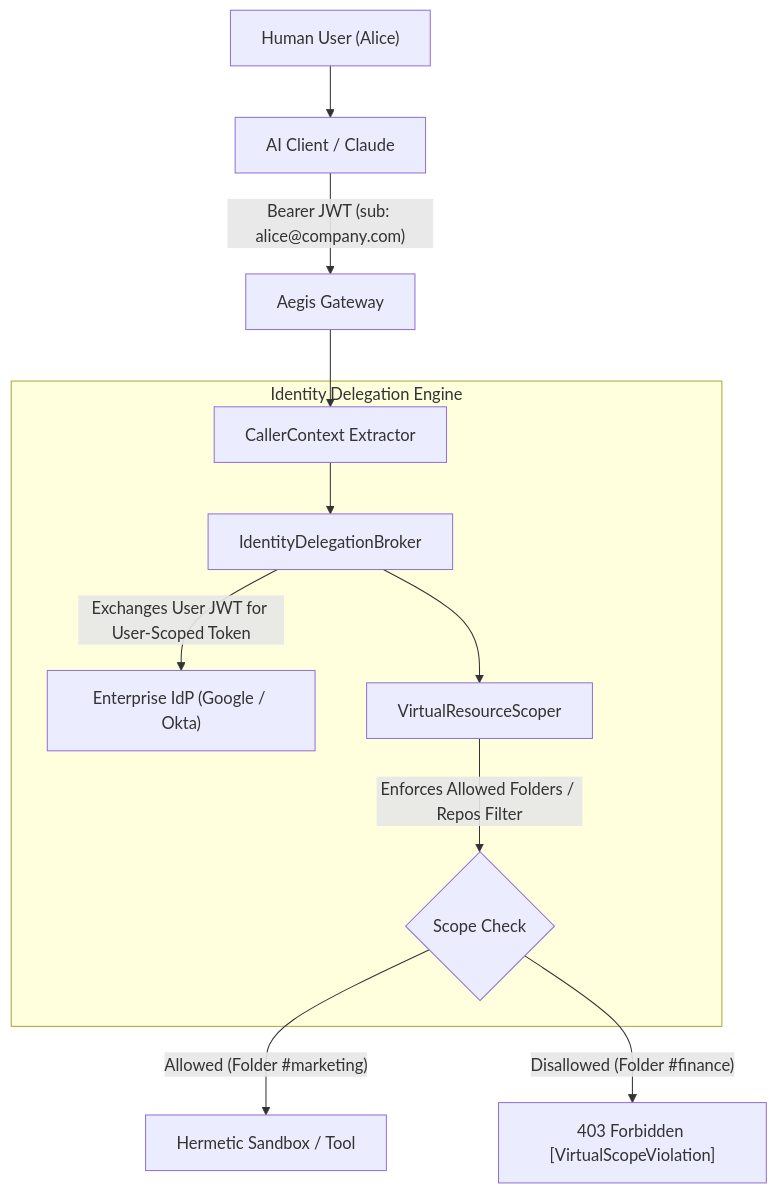
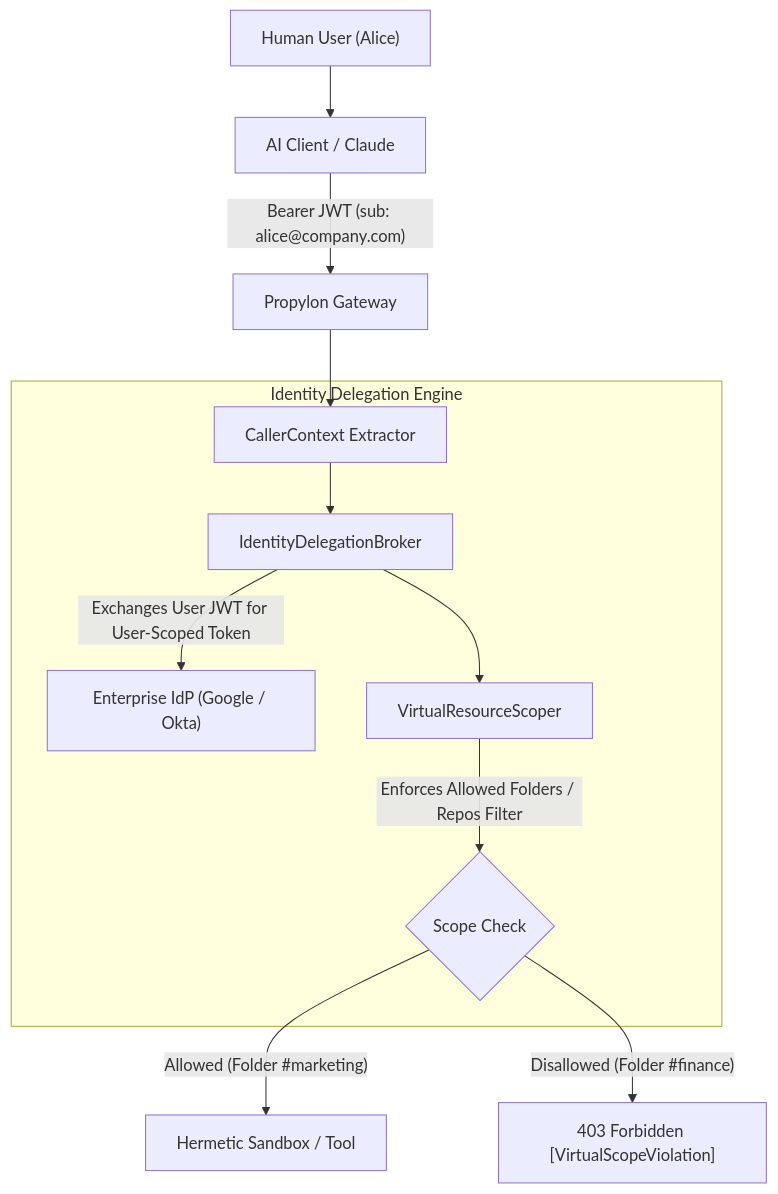
Before and after one commit to ihkaru/aegis-gateway: the diagram in docs/roadmap/20_PHASE_20_USER_DELEGATED_IDENTITY_AND_BLAST_RADIUS_SCOPING.md, drawn with Mermaid. The commit also changed other lines of this file and 253 other files, not shown here.

Commit message:
chore(rebrand): rename project from aegis to propylon across entire codebase

````diff
--- a/docs/roadmap/20_PHASE_20_USER_DELEGATED_IDENTITY_AND_BLAST_RADIUS_SCOPING.md
+++ b/docs/roadmap/20_PHASE_20_USER_DELEGATED_IDENTITY_AND_BLAST_RADIUS_SCOPING.md
@@ -23,16 +23,16 @@
 ```mermaid
 flowchart TD
     User["Human User (Alice)"] --> AI["AI Client / Claude"]
-    AI -->|"Bearer JWT (sub: alice@company.com)"| Gateway["Aegis Gateway"]
+    AI -->|"Bearer JWT (sub: alice@company.com)"| Gateway["Propylon Gateway"]
     Gateway --> AuthCtx["CallerContext Extractor"]
     
     subgraph DelegationEngine["Identity Delegation Engine"]
         AuthCtx --> OBOBroker["IdentityDelegationBroker"]
         OBOBroker -->|"Exchanges User JWT for User-Scoped Token"| IdP["Enterprise IdP (Google / Okta)"]
         OBOBroker --> Scoper["VirtualResourceScoper"]
         Scoper -->|"Enforces Allowed Folders / Repos Filter"| PolicyGate{"Scope Check"}
     end
     
     PolicyGate -- "Allowed (Folder #marketing)" --> Exec["Hermetic Sandbox / Tool"]
     PolicyGate -- "Disallowed (Folder #finance)" --> Deny["403 Forbidden [VirtualScopeViolation]"]
 ```
````
